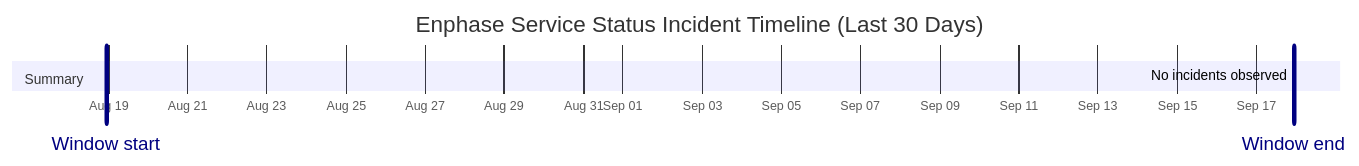
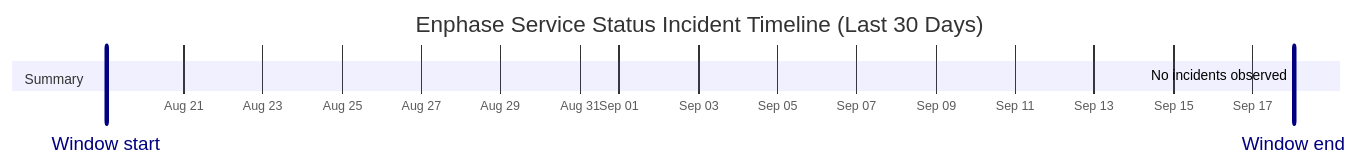
The diagram in wiki/Service-Status-History.md (barneyonline/ha-enphase-energy), drawn with Mermaid before and after one commit. The commit also changed other lines of this file and 3 other files, not shown here.

````diff
--- a/wiki/Service-Status-History.md
+++ b/wiki/Service-Status-History.md
@@ -14,10 +14,10 @@
 ```mermaid
 gantt
     title Enphase Service Status Incident Timeline (Last 30 Days)
     dateFormat  YYYY-MM-DDTHH:mm:ss
     axisFormat  %b %d
-    Window start :vert, window-start, 2026-08-18T22:47:53, 0ms
-    Window end :vert, window-end, 2026-09-17T22:47:53, 0ms
+    Window start :vert, window-start, 2026-08-19T01:02:06, 0ms
+    Window end :vert, window-end, 2026-09-18T01:02:06, 0ms
     section Summary
-    No incidents observed :done, 2026-09-17T22:47:53, 1m
+    No incidents observed :done, 2026-09-18T01:02:06, 1m
 ```
````
